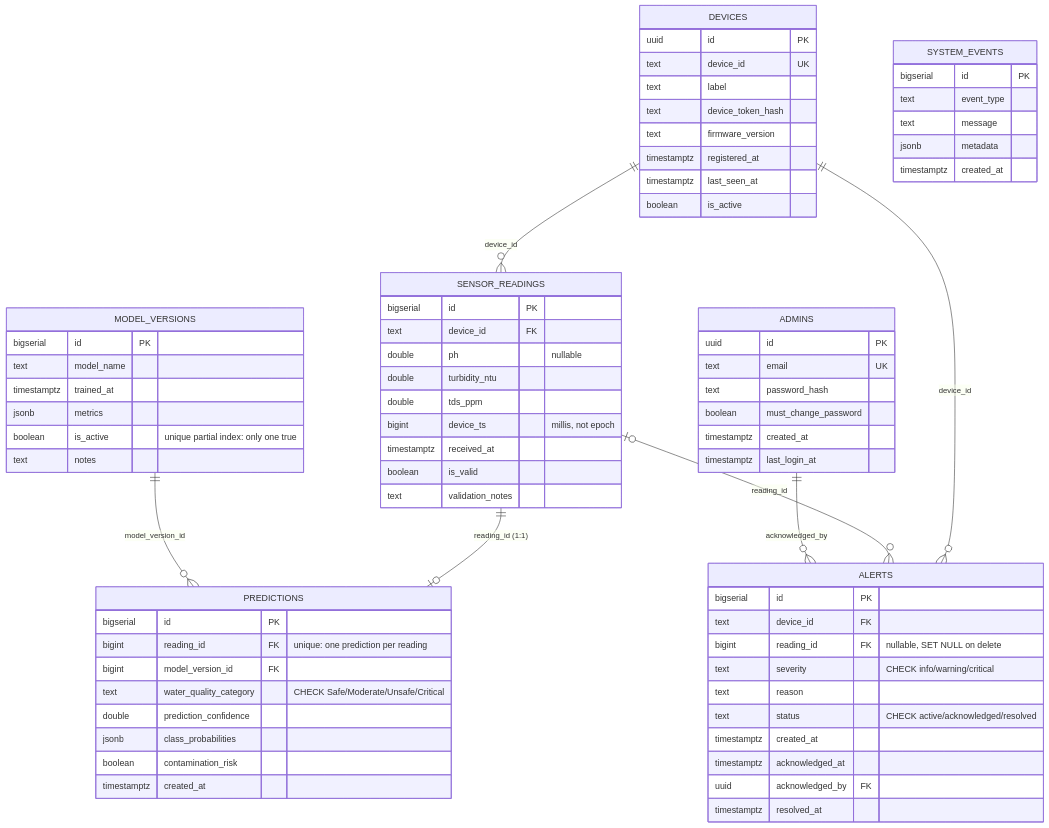
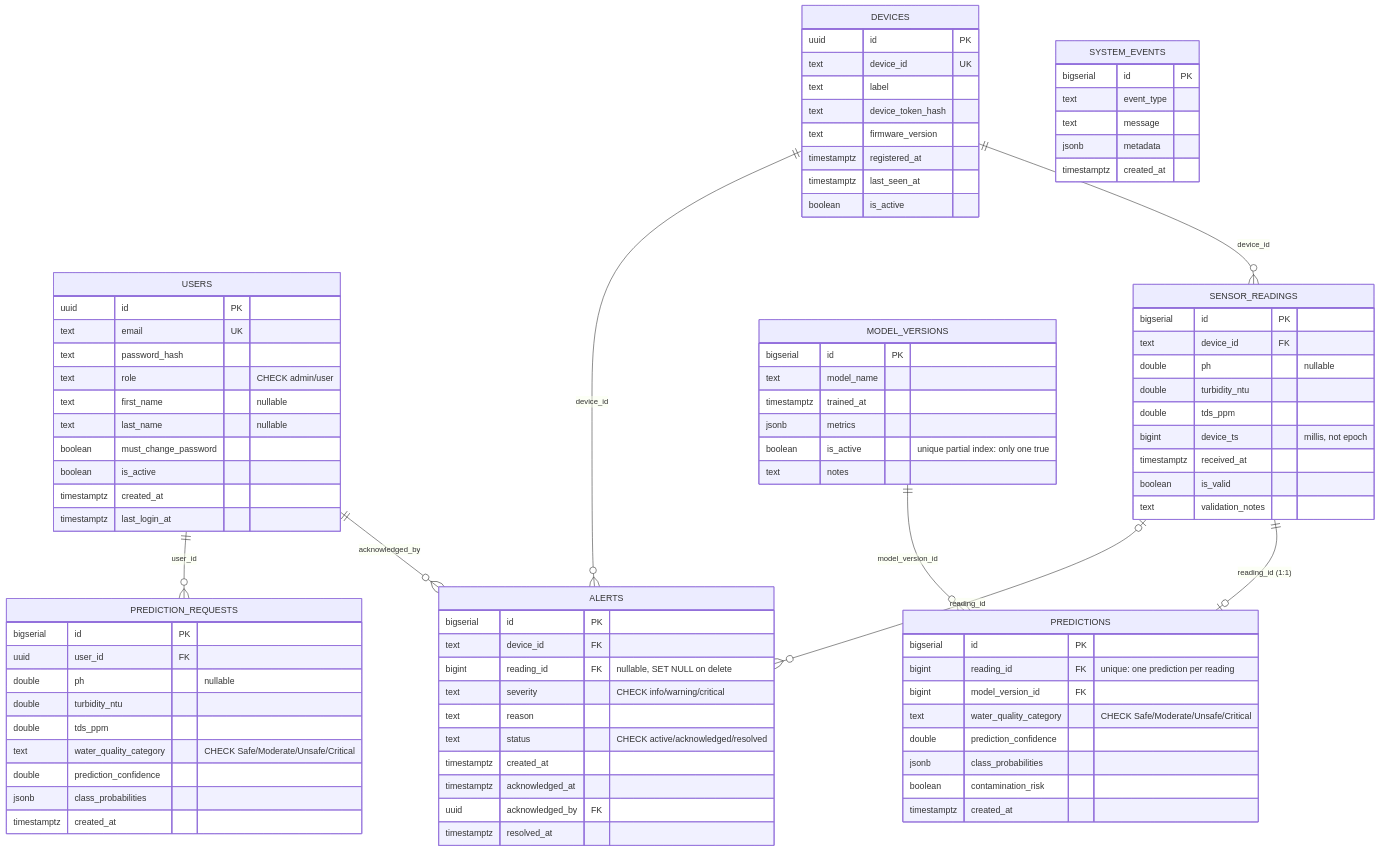
Before and after one commit to hrh2/water-quality-monitor: the diagram in docs/diagrams/06-database-er-diagram.md, drawn with Mermaid. The commit also changed other lines of this file and 59 other files, not shown here.

````diff
--- a/docs/diagrams/06-database-er-diagram.md
+++ b/docs/diagrams/06-database-er-diagram.md
@@ -8,12 +10,28 @@
 ```mermaid
 erDiagram
-    ADMINS {
+    USERS {
         uuid id PK
         text email UK
         text password_hash
+        text role "CHECK admin/user"
+        text first_name "nullable"
+        text last_name "nullable"
         boolean must_change_password
+        boolean is_active
         timestamptz created_at
         timestamptz last_login_at
+    }
+
+    PREDICTION_REQUESTS {
+        bigserial id PK
+        uuid user_id FK
+        double ph "nullable"
+        double turbidity_ntu
+        double tds_ppm
+        text water_quality_category "CHECK Safe/Moderate/Unsafe/Critical"
+        double prediction_confidence
+        jsonb class_probabilities
+        timestamptz created_at
     }
 
     DEVICES {
@@ -85,5 +103,6 @@
     MODEL_VERSIONS ||--o{ PREDICTIONS : "model_version_id"
     DEVICES ||--o{ ALERTS : "device_id"
     SENSOR_READINGS |o--o{ ALERTS : "reading_id"
-    ADMINS ||--o{ ALERTS : "acknowledged_by"
+    USERS ||--o{ ALERTS : "acknowledged_by"
+    USERS ||--o{ PREDICTION_REQUESTS : "user_id"
 ```
````
